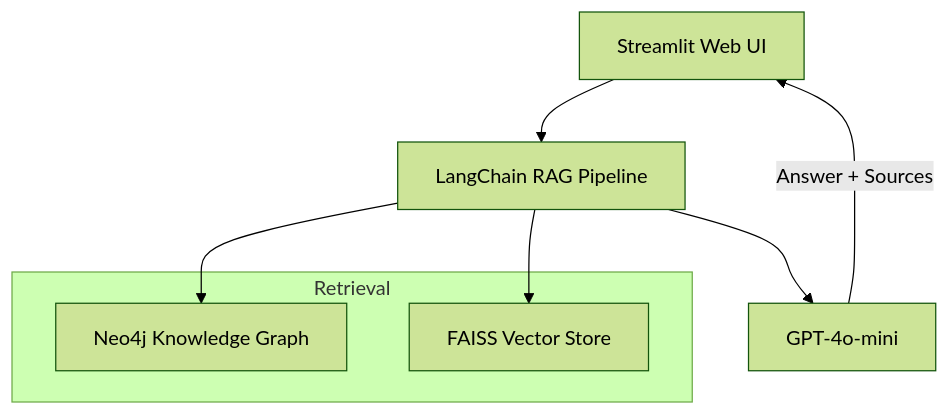
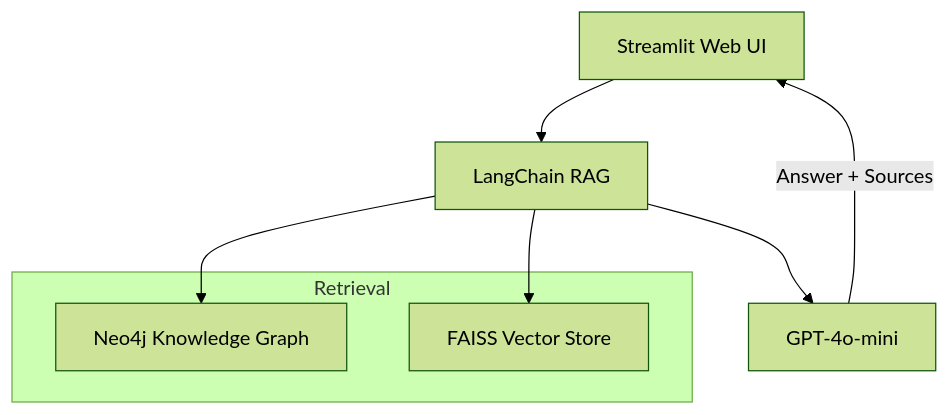
One commit to SophieXueZhang/MediGraph-RAG changed the diagram in README.md. Above: the diagram before and after it, drawn with Mermaid (forest theme). The commit also changed other lines of this file, not shown here.

````diff
--- a/README.md
+++ b/README.md
@@ -62,12 +47,12 @@
 ```mermaid
 flowchart TD
-    UI["Streamlit Web UI"] --> RAG["LangChain RAG Pipeline"]
+    UI["Streamlit Web UI"] --> RAG["LangChain RAG"]
     subgraph Retrieval
         KG["Neo4j Knowledge Graph"]
         VS["FAISS Vector Store"]
     end
     RAG --> KG
     RAG --> VS
     RAG --> LLM["GPT-4o-mini"]
     LLM -->|Answer + Sources| UI
 ```
````
